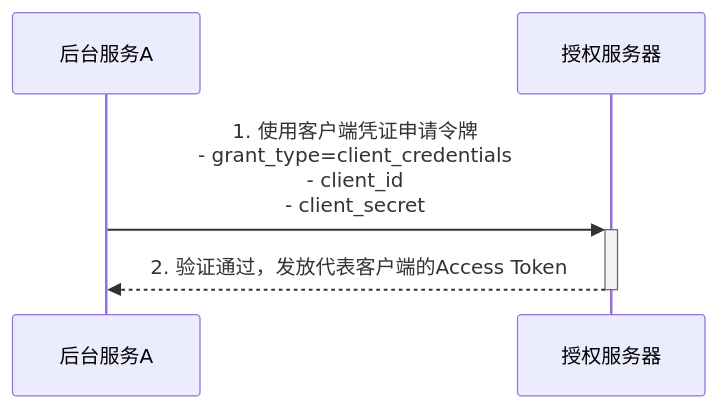
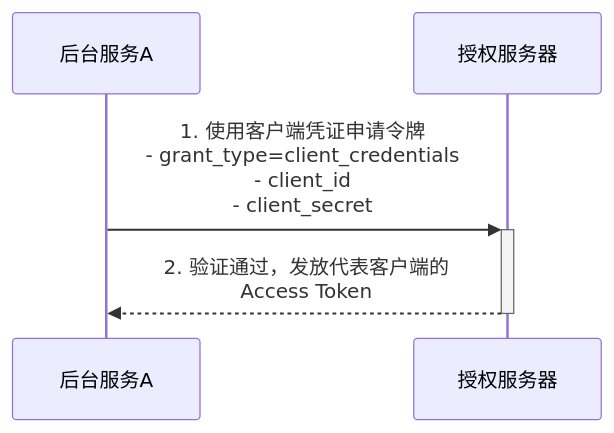
One commit to 809345127/note changed the second of 2 diagrams in oauth2.md. Above: the diagram before and after it, drawn with Mermaid. The commit also changed other lines of this file and 4 other files, not shown here.

First line of the commit message:
chore: 删除flowchart-demo示例文件

````diff
--- a/oauth2.md
+++ b/oauth2.md
@@ -274,8 +279,8 @@
 ```mermaid
 sequenceDiagram
     participant Client as 后台服务A
     participant AuthServer as 授权服务器
 
     Client->>+AuthServer: 1. 使用客户端凭证申请令牌<br/>- grant_type=client_credentials<br/>- client_id<br/>- client_secret
-    AuthServer-->>-Client: 2. 验证通过，发放代表客户端的Access Token
+    AuthServer-->>-Client: 2. 验证通过，发放代表客户端的<br/>Access Token
 ```
````
